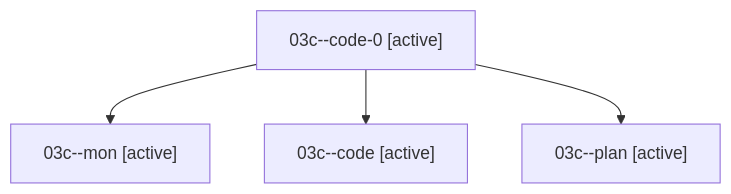
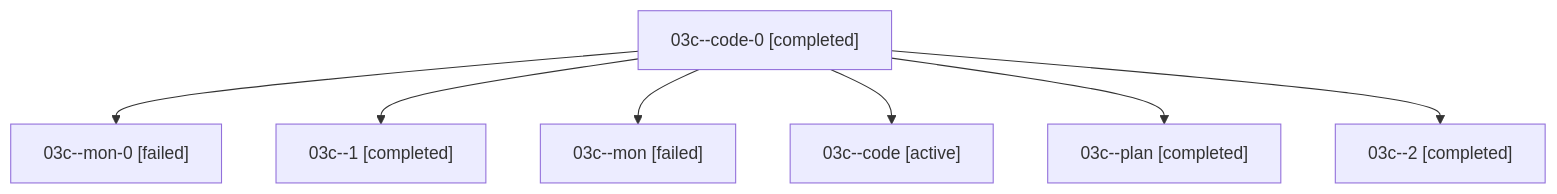
One commit to sase-org/sase--agents changed the diagram in families/bbugyi200.athena.03c.md. Above: the diagram before and after it, drawn with Mermaid. The commit also changed other lines of this file and 147 other files, not shown here.

````diff
--- a/families/bbugyi200.athena.03c.md
+++ b/families/bbugyi200.athena.03c.md
@@ -9,10 +9,16 @@
 ```mermaid
 flowchart TD
-  n0["03c--code-0 [active]"]
-  n1["03c--mon [active]"]
+  n0["03c--code-0 [completed]"]
+  n1["03c--mon-0 [failed]"]
   n0 --> n1
-  n2["03c--code [active]"]
+  n2["03c--1 [completed]"]
   n0 --> n2
-  n3["03c--plan [active]"]
+  n3["03c--mon [failed]"]
   n0 --> n3
+  n4["03c--code [active]"]
+  n0 --> n4
+  n5["03c--plan [completed]"]
+  n0 --> n5
+  n6["03c--2 [completed]"]
+  n0 --> n6
 ```
````
